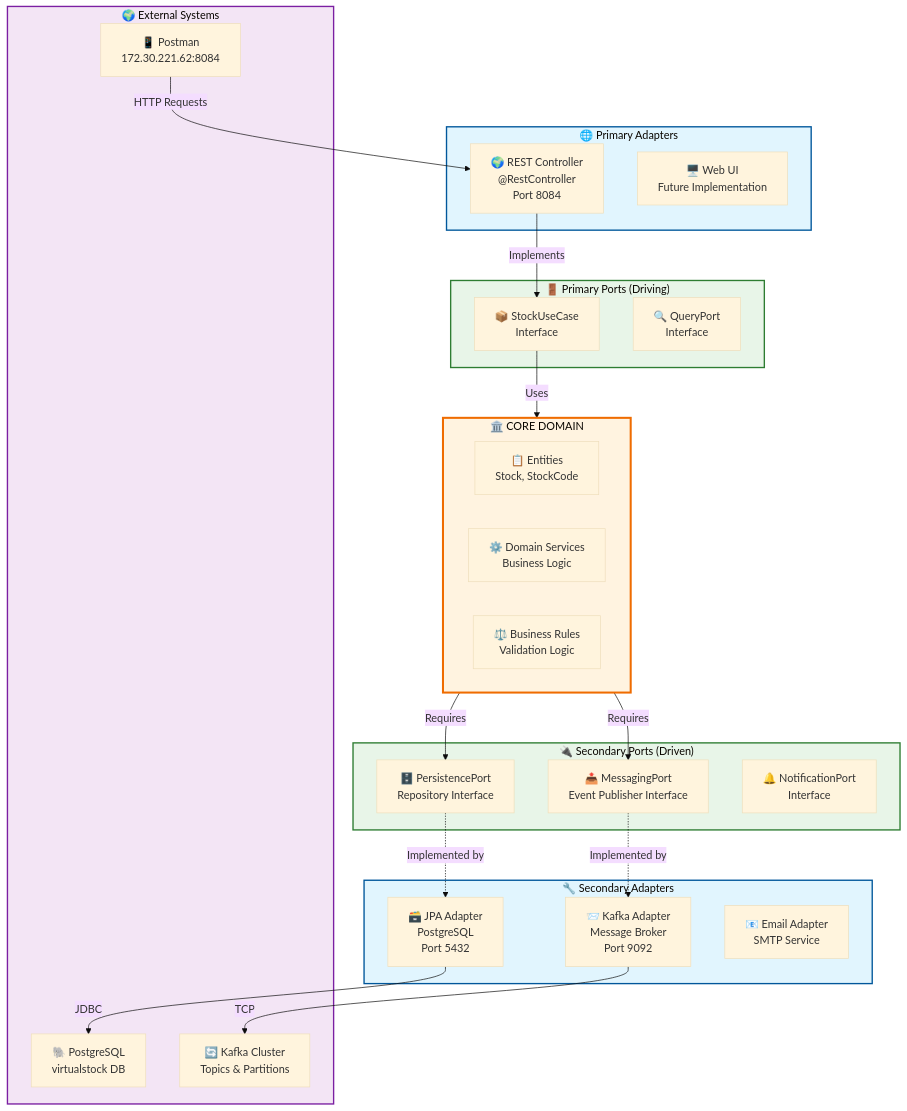
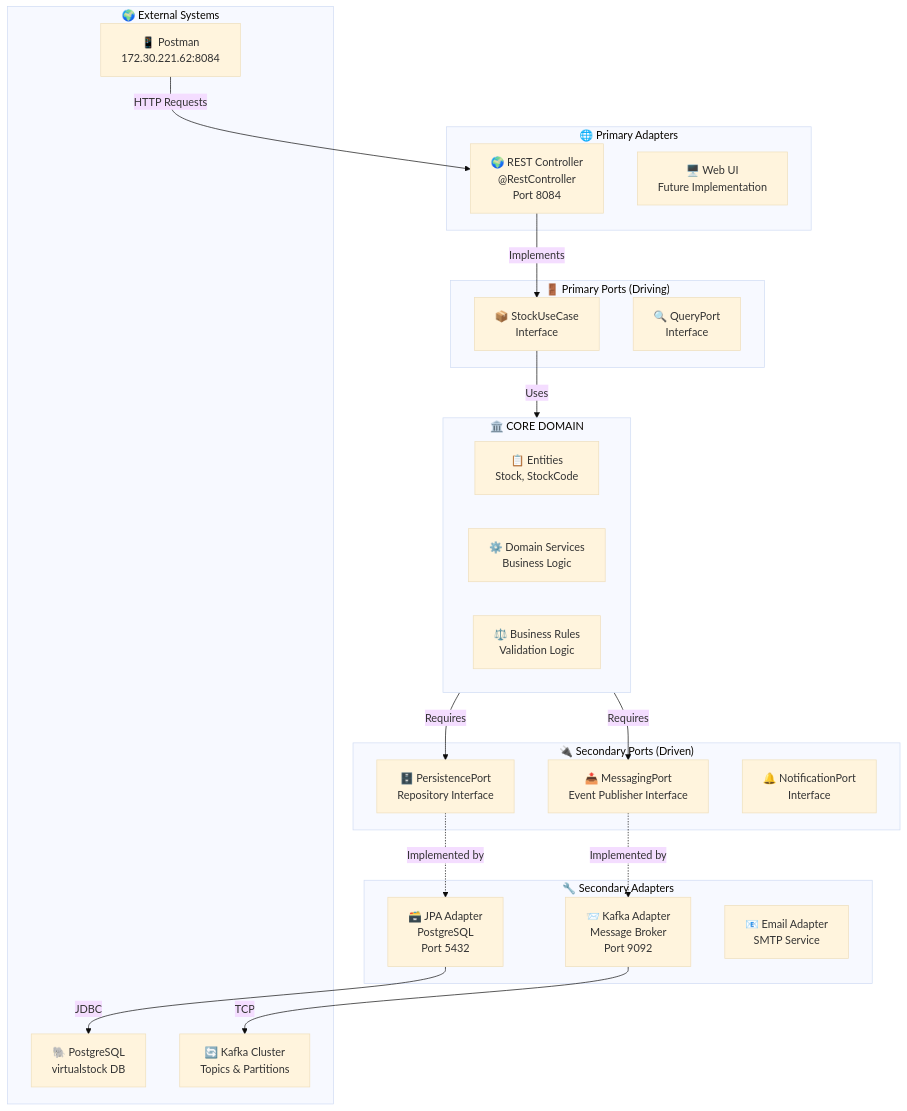
Before and after one commit to italo-costa/estudosKBNT_Kafka_Logs_V2_cleanCode: the third of 5 diagrams in ARCHITECTURE_DIAGRAM.md, drawn with Mermaid (base theme). The commit also changed other lines of this file and 2 other files, not shown here.

First line of the commit message:
Fix Mermaid diagrams for GitHub compatibility

````diff
--- a/ARCHITECTURE_DIAGRAM.md
+++ b/ARCHITECTURE_DIAGRAM.md
@@ -149,69 +121,48 @@
 ```mermaid
 graph TB
-    %% Definição de estilos
-    classDef coreStyle fill:#fff3e0,stroke:#ef6c00,stroke-width:3px
-    classDef portStyle fill:#e8f5e8,stroke:#2e7d32,stroke-width:2px
-    classDef adapterStyle fill:#e1f5fe,stroke:#01579b,stroke-width:2px
-    classDef externalStyle fill:#f3e5f5,stroke:#7b1fa2,stroke-width:2px
-
-    %% Core Domain (Hexagon Center)
     subgraph CORE ["🏛️ CORE DOMAIN"]
         ENTITIES["📋 Entities<br/>Stock, StockCode"]
         SERVICES["⚙️ Domain Services<br/>Business Logic"]
         RULES["⚖️ Business Rules<br/>Validation Logic"]
     end
 
-    %% Primary Ports (Left Side - Driving)
     subgraph PRIMARY_PORTS ["🚪 Primary Ports (Driving)"]
         STOCK_USE_CASE["📦 StockUseCase<br/>Interface"]
         QUERY_PORT["🔍 QueryPort<br/>Interface"]
     end
 
-    %% Secondary Ports (Right Side - Driven)
     subgraph SECONDARY_PORTS ["🔌 Secondary Ports (Driven)"]
         PERSISTENCE_PORT["🗄️ PersistencePort<br/>Repository Interface"]
         MESSAGING_PORT["📤 MessagingPort<br/>Event Publisher Interface"]
         NOTIFICATION_PORT["🔔 NotificationPort<br/>Interface"]
     end
 
-    %% Primary Adapters (Left Side)
     subgraph PRIMARY_ADAPTERS ["🌐 Primary Adapters"]
         REST_CONTROLLER["🌍 REST Controller<br/>@RestController<br/>Port 8084"]
         WEB_UI["🖥️ Web UI<br/>Future Implementation"]
     end
 
-    %% Secondary Adapters (Right Side)
     subgraph SECONDARY_ADAPTERS ["🔧 Secondary Adapters"]
         JPA_ADAPTER["🗃️ JPA Adapter<br/>PostgreSQL<br/>Port 5432"]
         KAFKA_ADAPTER["📨 Kafka Adapter<br/>Message Broker<br/>Port 9092"]
         EMAIL_ADAPTER["📧 Email Adapter<br/>SMTP Service"]
     end
 
-    %% External Systems
     subgraph EXTERNAL ["🌍 External Systems"]
         POSTMAN_CLIENT["📱 Postman<br/>172.30.221.62:8084"]
         POSTGRES_DB["🐘 PostgreSQL<br/>virtualstock DB"]
         KAFKA_BROKER["🔄 Kafka Cluster<br/>Topics & Partitions"]
     end
 
-    %% Primary Flow (Left to Right)
     POSTMAN_CLIENT -->|HTTP Requests| REST_CONTROLLER
     REST_CONTROLLER -->|Implements| STOCK_USE_CASE
     STOCK_USE_CASE -->|Uses| CORE
     
-    %% Secondary Flow (Right to Left)
     CORE -->|Requires| PERSISTENCE_PORT
     CORE -->|Requires| MESSAGING_PORT
     PERSISTENCE_PORT -.->|Implemented by| JPA_ADAPTER
     MESSAGING_PORT -.->|Implemented by| KAFKA_ADAPTER
     
-    %% External Connections
     JPA_ADAPTER -->|JDBC| POSTGRES_DB
     KAFKA_ADAPTER -->|TCP| KAFKA_BROKER
-
-    %% Styling
-    class CORE coreStyle
-    class PRIMARY_PORTS,SECONDARY_PORTS portStyle
-    class PRIMARY_ADAPTERS,SECONDARY_ADAPTERS adapterStyle
-    class EXTERNAL externalStyle
 ```
````
